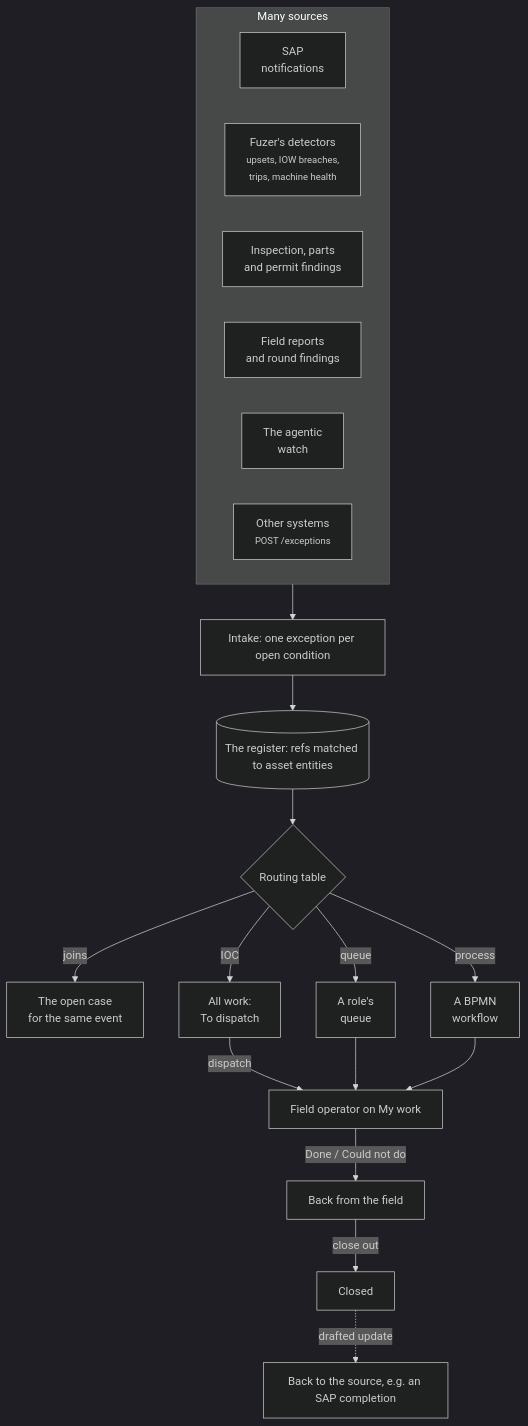
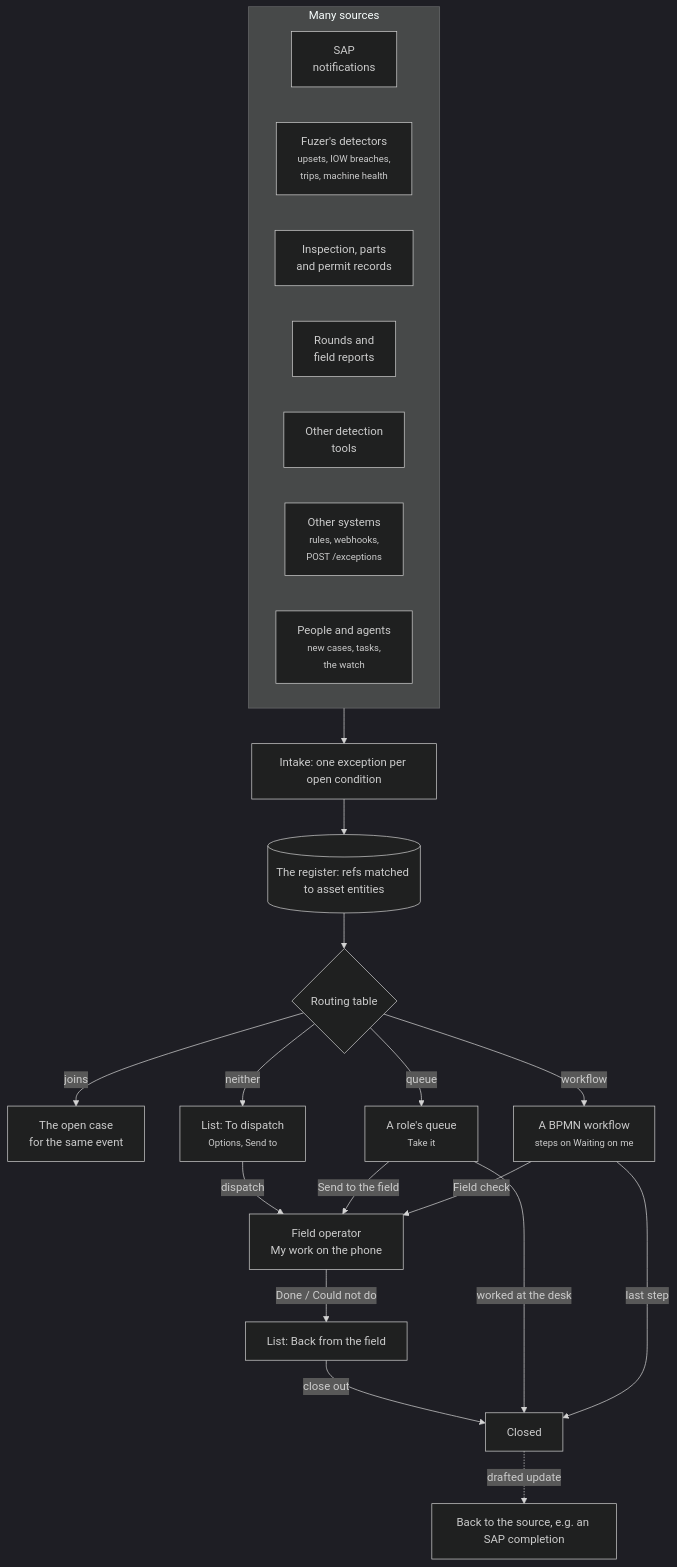
The first of 5 diagrams in docs/work-routing.md (areed145/fuzer), drawn with Mermaid (dark theme) before and after one commit. The commit also changed other lines of this file and 12 other files, not shown here.

````diff
--- a/docs/work-routing.md
+++ b/docs/work-routing.md
@@ -9,25 +10,28 @@
 ```mermaid
 flowchart TB
   subgraph S["Many sources"]
     direction LR
     sap["SAP<br>notifications"]
     det["Fuzer's detectors<br><small>upsets, IOW breaches,<br>trips, machine health</small>"]
-    insp["Inspection, parts<br>and permit findings"]
-    fld["Field reports<br>and round findings"]
-    watch["The agentic<br>watch"]
-    ext["Other systems<br><small>POST /exceptions</small>"]
+    insp["Inspection, parts<br>and permit records"]
+    fld["Rounds and<br>field reports"]
+    tools["Other detection<br>tools"]
+    ext["Other systems<br><small>rules, webhooks,<br>POST /exceptions</small>"]
+    ppl["People and agents<br><small>new cases, tasks,<br>the watch</small>"]
   end
   S --> intake["Intake: one exception per open condition"]
   intake --> reg[("The register: refs matched to asset entities")]
   reg --> route{"Routing table"}
   route -->|joins| join["The open case<br>for the same event"]
-  route -->|process| proc["A BPMN<br>workflow"]
-  route -->|queue| q["A role's<br>queue"]
-  route -->|IOC| ioc["All work:<br>To dispatch"]
-  ioc -->|dispatch| field["Field operator on My work"]
-  q --> field
-  proc --> field
-  field -->|"Done / Could not do"| back["Back from the field"]
+  route -->|workflow| proc["A BPMN workflow<br><small>steps on Waiting on me</small>"]
+  route -->|queue| q["A role's queue<br><small>Take it</small>"]
+  route -->|"neither"| ioc["List: To dispatch<br><small>Options, Send to</small>"]
+  ioc -->|dispatch| field["Field operator<br>My work on the phone"]
+  q -->|"Send to the field"| field
+  proc -->|"Field check"| field
+  field -->|"Done / Could not do"| back["List: Back from the field"]
   back -->|close out| close["Closed"]
+  q -->|"worked at the desk"| close
+  proc -->|"last step"| close
   close -.->|drafted update| src["Back to the source, e.g. an SAP completion"]
 ```
````
